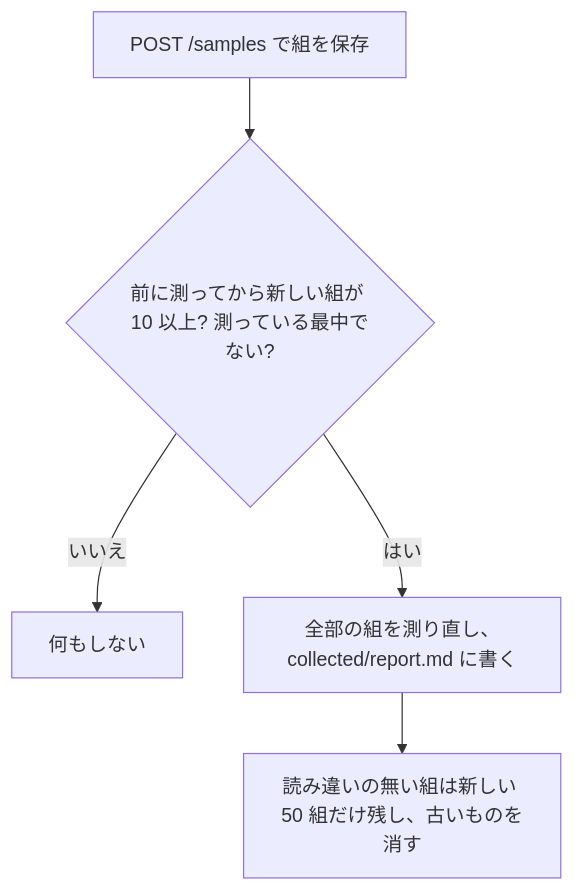
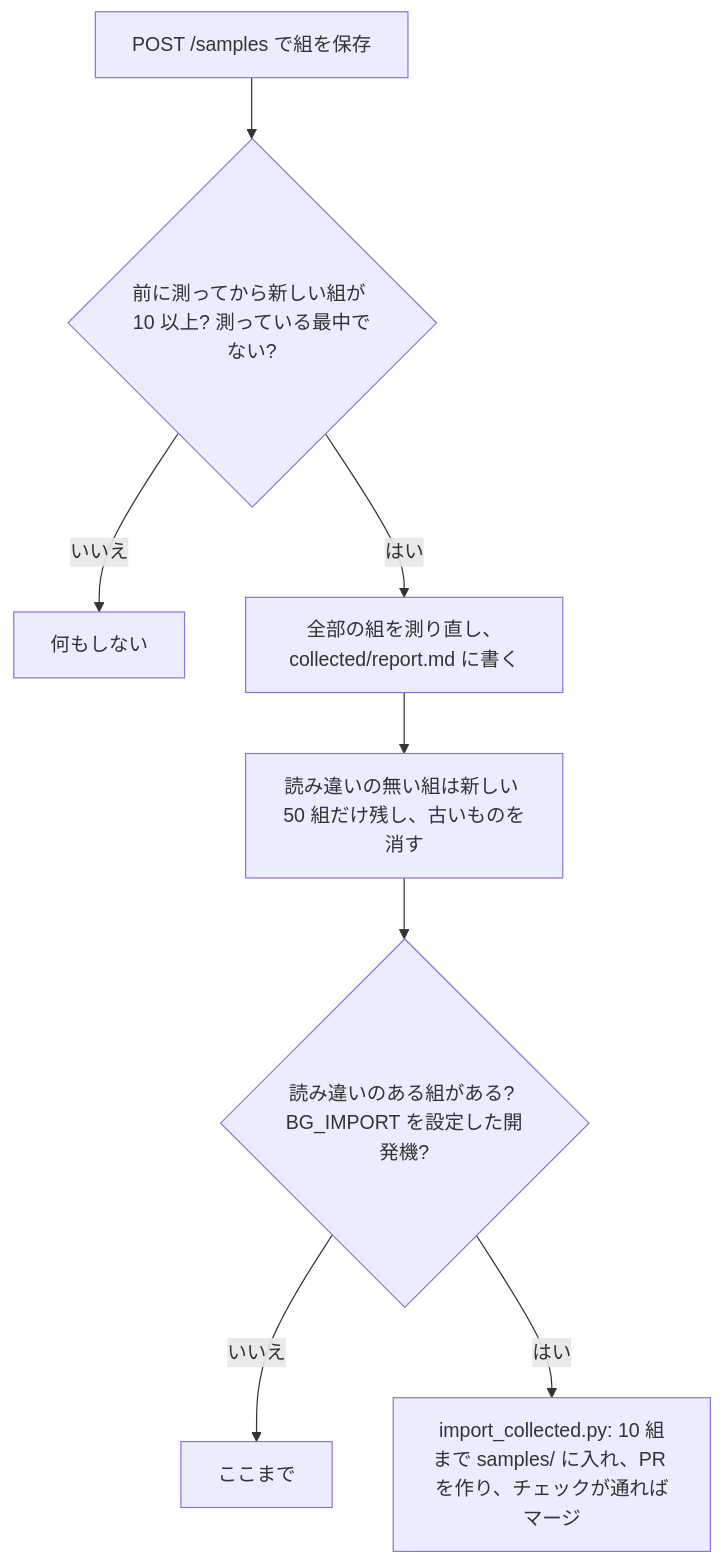
One commit to ytani01/bganalyzer changed the second of 2 diagrams in docs/raspi.md. Above: the diagram before and after it, drawn with Mermaid. The commit also changed other lines of this file and 17 other files, not shown here.

````diff
--- a/docs/raspi.md
+++ b/docs/raspi.md
@@ -198,7 +198,10 @@
 ```mermaid
 flowchart TD
   A[POST /samples で組を保存] --> B{前に測ってから新しい組が 10 以上? 測っている最中でない?}
   B -- いいえ --> Z[何もしない]
   B -- はい --> C[全部の組を測り直し、collected/report.md に書く]
   C --> D[読み違いの無い組は新しい 50 組だけ残し、古いものを消す]
+  D --> E{読み違いのある組がある? BG_IMPORT を設定した開発機?}
+  E -- いいえ --> Y[ここまで]
+  E -- はい --> F[import_collected.py: 10 組まで samples/ に入れ、PR を作り、チェックが通ればマージ]
 ```
````
